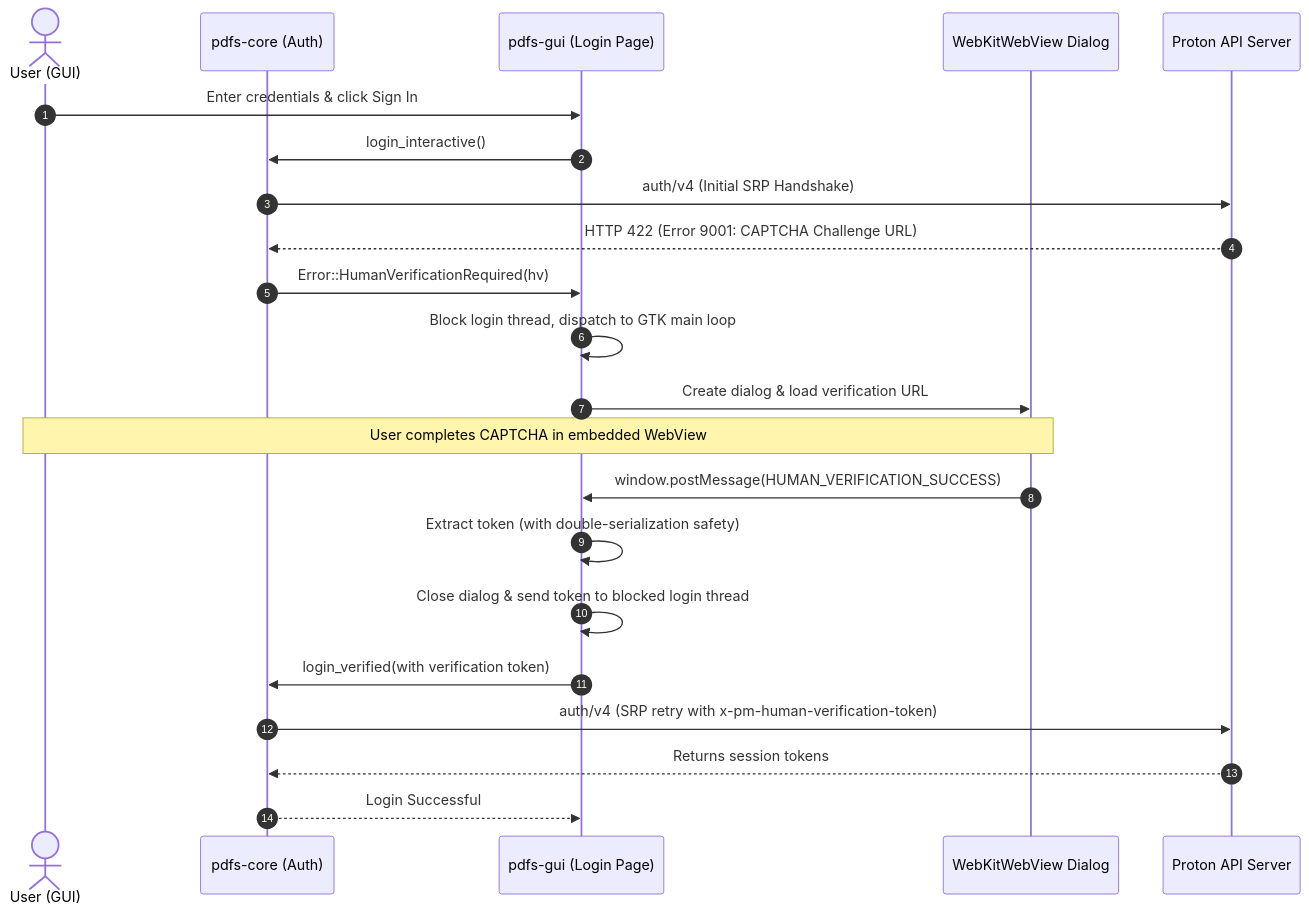
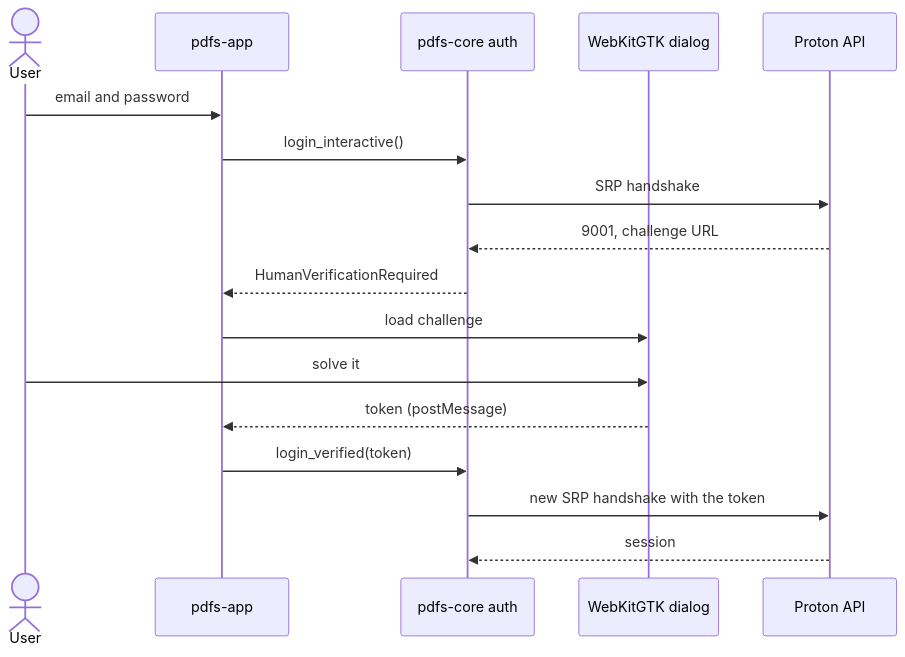
One commit to narrrl/proton-drive-linux changed the second of 2 diagrams in docs/ARCHITECTURE.md. Above: the diagram before and after it, drawn with Mermaid. The commit also changed other lines of this file and 17 other files, not shown here.

````diff
--- a/docs/ARCHITECTURE.md
+++ b/docs/ARCHITECTURE.md
@@ -423,25 +540,20 @@
 ```mermaid
 sequenceDiagram
-    autonumber
-    actor User as User (GUI)
-    participant Core as pdfs-core (Auth)
-    participant UI as pdfs-gui (Login Page)
-    participant Web as WebKitWebView Dialog
-    participant API as Proton API Server
+    actor User
+    participant UI as pdfs-app
+    participant Auth as pdfs-core auth
+    participant Web as WebKitGTK dialog
+    participant API as Proton API
 
-    User->>UI: Enter credentials & click Sign In
-    UI->>Core: login_interactive()
-    Core->>API: auth/v4 (Initial SRP Handshake)
-    API-->>Core: HTTP 422 (Error 9001: CAPTCHA Challenge URL)
-    Core->>UI: Error::HumanVerificationRequired(hv)
-    UI->>UI: Block login thread, dispatch to GTK main loop
-    UI->>Web: Create dialog & load verification URL
-    Note over User, Web: User completes CAPTCHA in embedded WebView
-    Web->>UI: window.postMessage(HUMAN_VERIFICATION_SUCCESS)
-    UI->>UI: Extract token (with double-serialization safety)
-    UI->>UI: Close dialog & send token to blocked login thread
-    UI->>Core: login_verified(with verification token)
-    Core->>API: auth/v4 (SRP retry with x-pm-human-verification-token)
-    API-->>Core: Returns session tokens
-    Core-->>UI: Login Successful
+    User->>UI: email and password
+    UI->>Auth: login_interactive()
+    Auth->>API: SRP handshake
+    API-->>Auth: 9001, challenge URL
+    Auth-->>UI: HumanVerificationRequired
+    UI->>Web: load challenge
+    User->>Web: solve it
+    Web-->>UI: token (postMessage)
+    UI->>Auth: login_verified(token)
+    Auth->>API: new SRP handshake with the token
+    API-->>Auth: session
 ```
````
